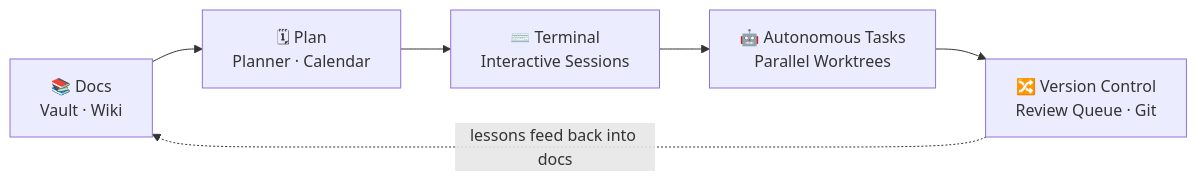
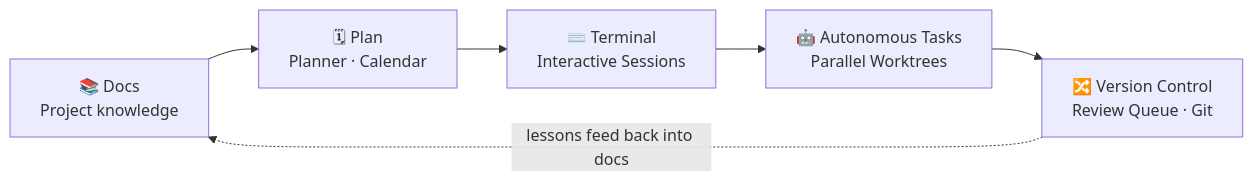
One commit to HyperAITeam/CLITrigger changed the diagram in README.md. Above: the diagram before and after it, drawn with Mermaid. The commit also changed other lines of this file and 1 other file, not shown here.

````diff
--- a/README.md
+++ b/README.md
@@ -53,8 +53,8 @@
 ```mermaid
 flowchart LR
-    docs["📚 Docs<br>Vault · Wiki"] --> plan["🗓 Plan<br>Planner · Calendar"]
+    docs["📚 Docs<br>Project knowledge"] --> plan["🗓 Plan<br>Planner · Calendar"]
     plan --> term["⌨️ Terminal<br>Interactive Sessions"]
     term --> auto["🤖 Autonomous Tasks<br>Parallel Worktrees"]
     auto --> vcs["🔀 Version Control<br>Review Queue · Git"]
     vcs -. lessons feed back into docs .-> docs
 ```
````
